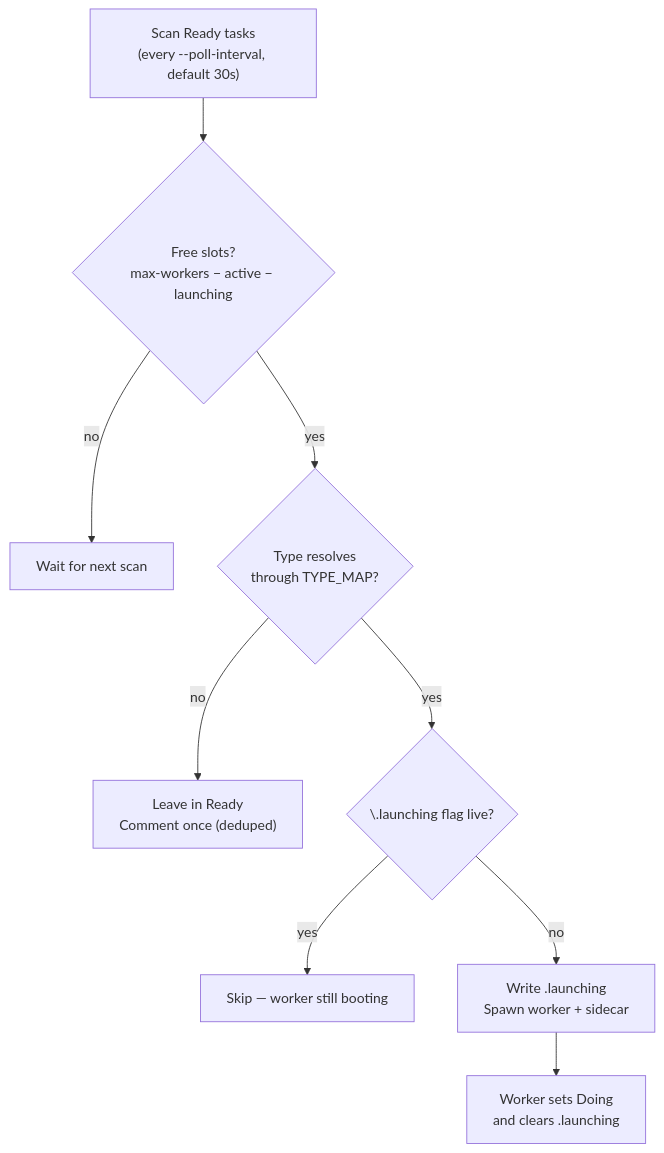
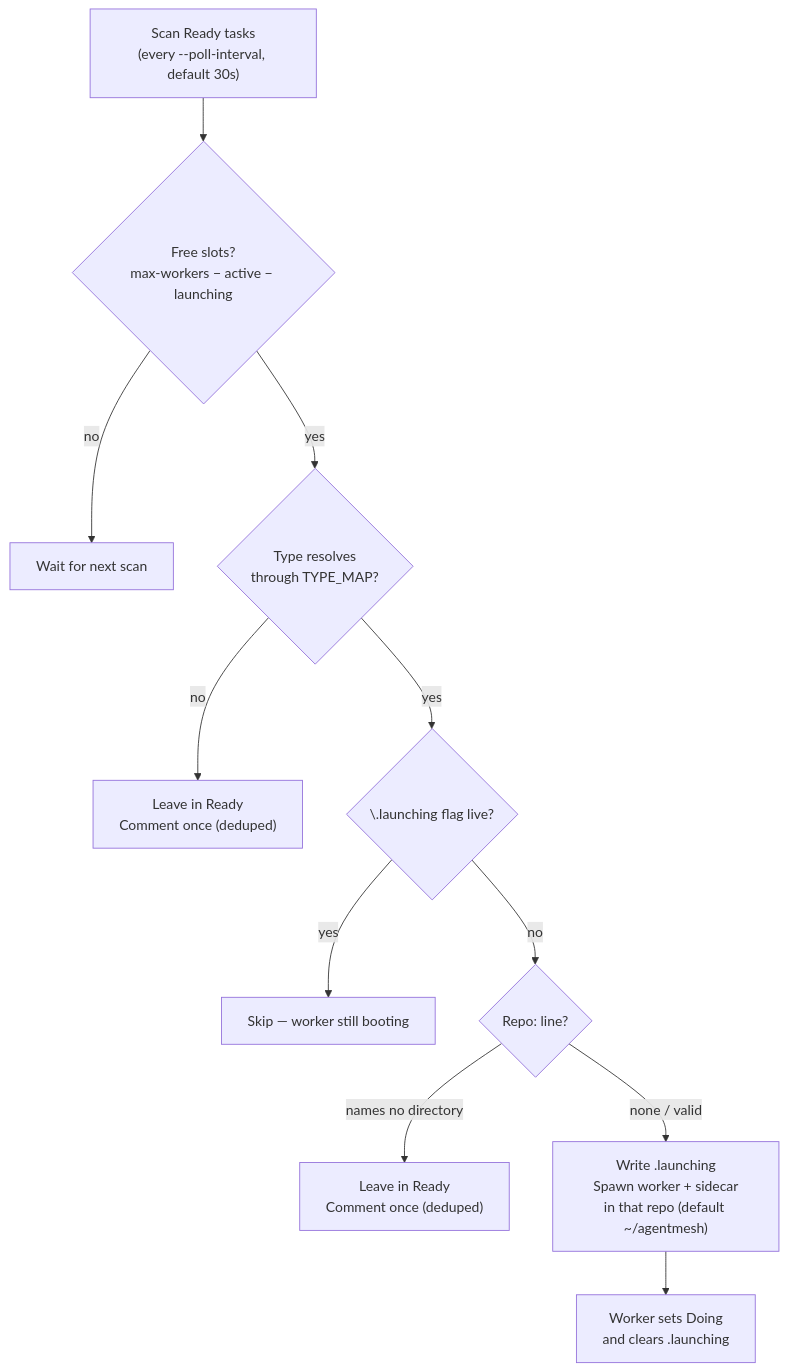
Before and after one commit to gara2000/agentmesh: the second of 9 diagrams in docs/agentic-workflow.md, drawn with Mermaid. The commit also changed other lines of this file and 16 other files, not shown here.

First line of the commit message:
feat(launcher): honour a per-task `Repo:` line [WORK-dd1]

````diff
--- a/docs/agentic-workflow.md
+++ b/docs/agentic-workflow.md
@@ -114,12 +114,14 @@
 ```mermaid
 flowchart TD
     Scan["Scan Ready tasks<br/>(every --poll-interval, default 30s)"]
     Scan --> Slots{"Free slots?<br/>max-workers − active − launching"}
     Slots -->|no| Wait["Wait for next scan"]
     Slots -->|yes| Triage{"Type resolves<br/>through TYPE_MAP?"}
     Triage -->|no| Refuse["Leave in Ready<br/>Comment once (deduped)"]
     Triage -->|yes| Launching{"\.launching flag live?"}
     Launching -->|yes| Skip["Skip — worker still booting"]
-    Launching -->|no| Spawn["Write .launching<br/>Spawn worker + sidecar"]
+    Launching -->|no| Repo{"Repo: line?"}
+    Repo -->|"names no directory"| RefuseRepo["Leave in Ready<br/>Comment once (deduped)"]
+    Repo -->|"none / valid"| Spawn["Write .launching<br/>Spawn worker + sidecar<br/>in that repo (default ~/agentmesh)"]
     Spawn --> Claim["Worker sets Doing<br/>and clears .launching"]
 ```
````
